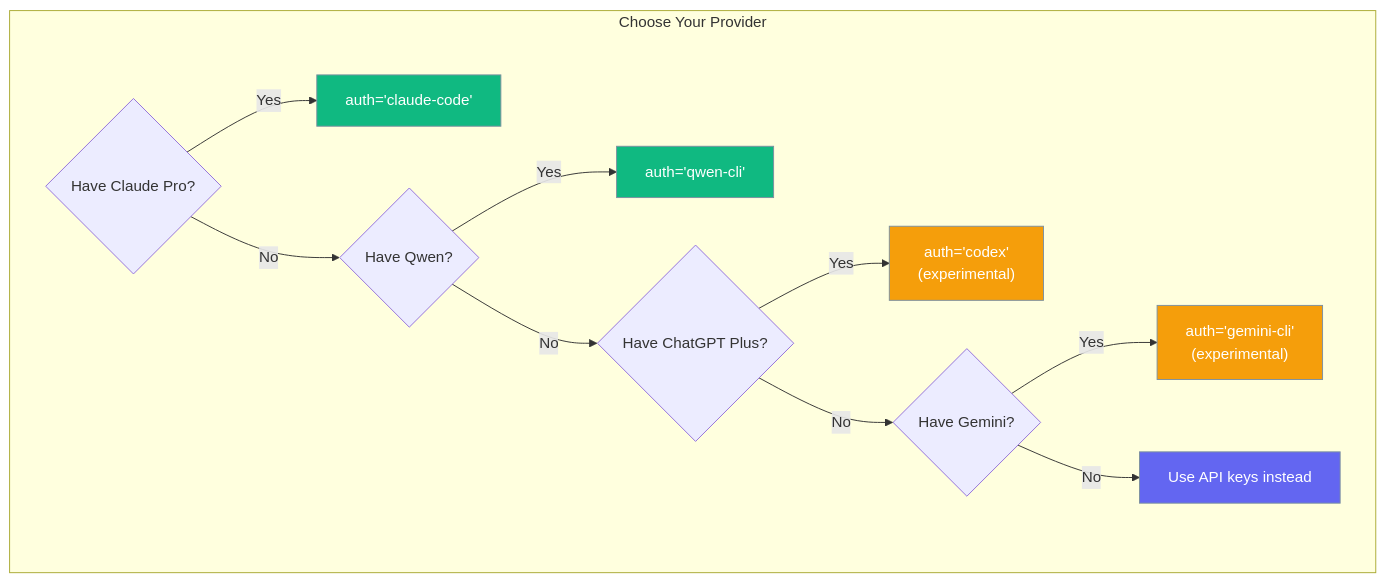
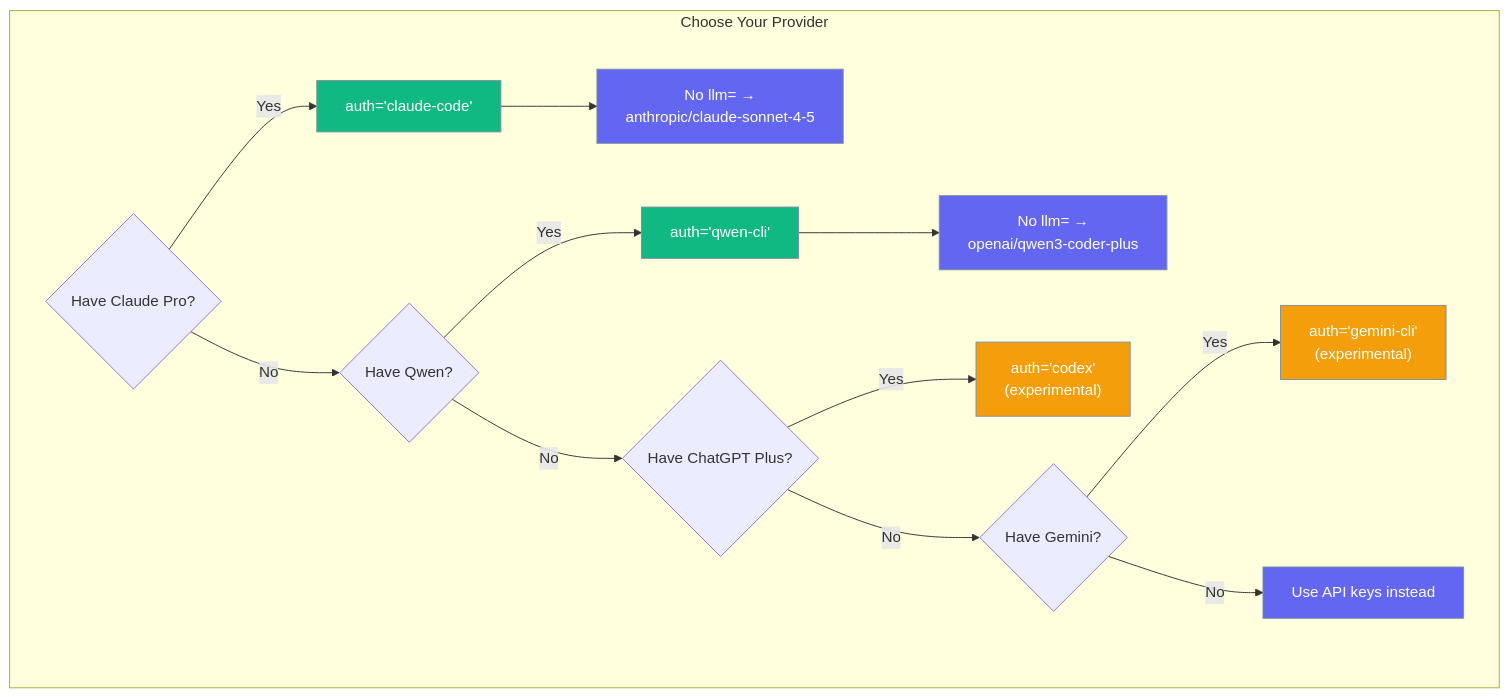
The third of 4 diagrams in docs/features/subscription-auth.mdx (MervinPraison/PraisonAIDocs), drawn with Mermaid before and after one commit. The commit also changed other lines of this file, not shown here.

````diff
--- a/docs/features/subscription-auth.mdx
+++ b/docs/features/subscription-auth.mdx
@@ -102,21 +118,25 @@
 ```mermaid
 graph TB
     subgraph "Choose Your Provider"
         Q1{Have Claude Pro?} --> |Yes| ClaudeCode["auth='claude-code'"]
+        ClaudeCode --> ClaudeDefault["No llm= →<br/>anthropic/claude-sonnet-4-5"]
         Q1 --> |No| Q2{Have Qwen?}
         Q2 --> |Yes| QwenCli["auth='qwen-cli'"]
+        QwenCli --> QwenDefault["No llm= →<br/>openai/qwen3-coder-plus"]
         Q2 --> |No| Q3{Have ChatGPT Plus?}
         Q3 --> |Yes| Codex["auth='codex'<br/>(experimental)"]
         Q3 --> |No| Q4{Have Gemini?}
         Q4 --> |Yes| GeminiCli["auth='gemini-cli'<br/>(experimental)"]
         Q4 --> |No| ApiKey["Use API keys instead"]
     end
     
     classDef working fill:#10B981,stroke:#7C90A0,color:#fff
     classDef experimental fill:#F59E0B,stroke:#7C90A0,color:#fff
     classDef fallback fill:#6366F1,stroke:#7C90A0,color:#fff
+    classDef auto fill:#6366F1,stroke:#7C90A0,color:#fff
     
     class ClaudeCode,QwenCli working
     class Codex,GeminiCli experimental
     class ApiKey fallback
+    class ClaudeDefault,QwenDefault auto
 ```
````
